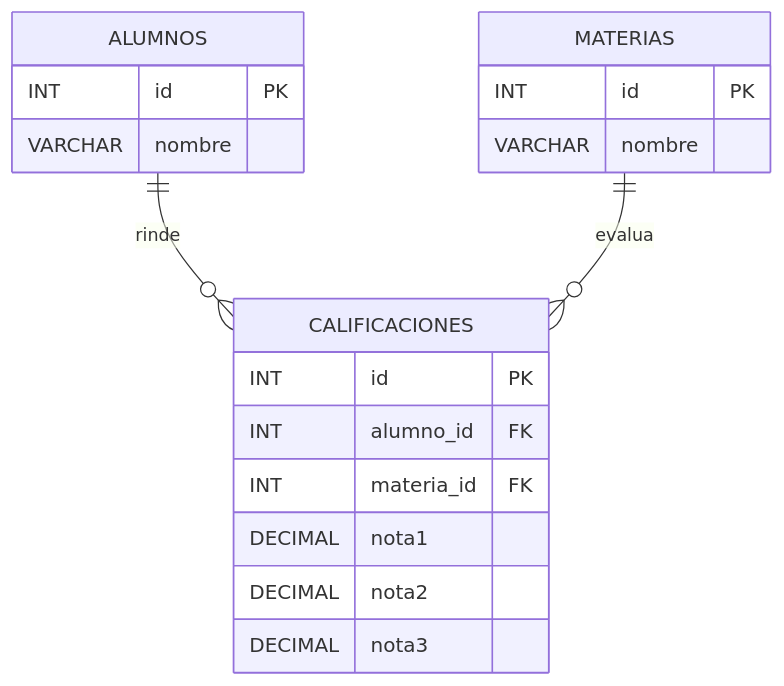
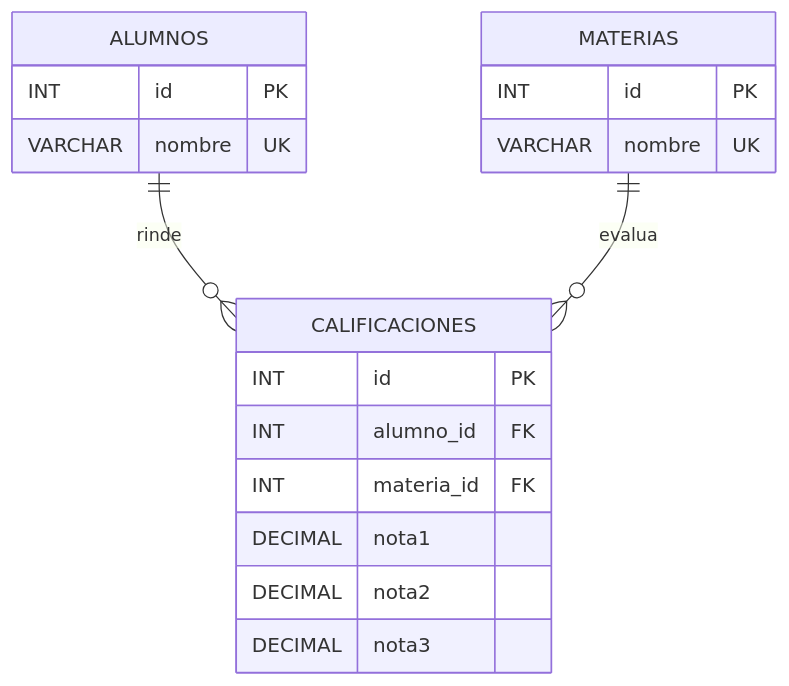
One commit to 8aitfolder/tup-programacion-IV-2026-tp2 changed the diagram in Ochoa, Leonel Maximo/Ejercicio 3/README.md. Above: the diagram before and after it, drawn with Mermaid. The commit also changed other lines of this file and 8 other files, not shown here.

````diff
--- a/Ochoa, Leonel Maximo/Ejercicio 3/README.md
+++ b/Ochoa, Leonel Maximo/Ejercicio 3/README.md
@@ -48,24 +51,24 @@
 ```mermaid
 erDiagram
   ALUMNOS ||--o{ CALIFICACIONES : rinde
   MATERIAS ||--o{ CALIFICACIONES : evalua
 
   ALUMNOS {
     INT id PK
-    VARCHAR nombre
+    VARCHAR nombre UK
   }
 
   MATERIAS {
     INT id PK
-    VARCHAR nombre
+    VARCHAR nombre UK
   }
 
   CALIFICACIONES {
     INT id PK
     INT alumno_id FK
     INT materia_id FK
     DECIMAL nota1
     DECIMAL nota2
     DECIMAL nota3
   }
 ```
````
